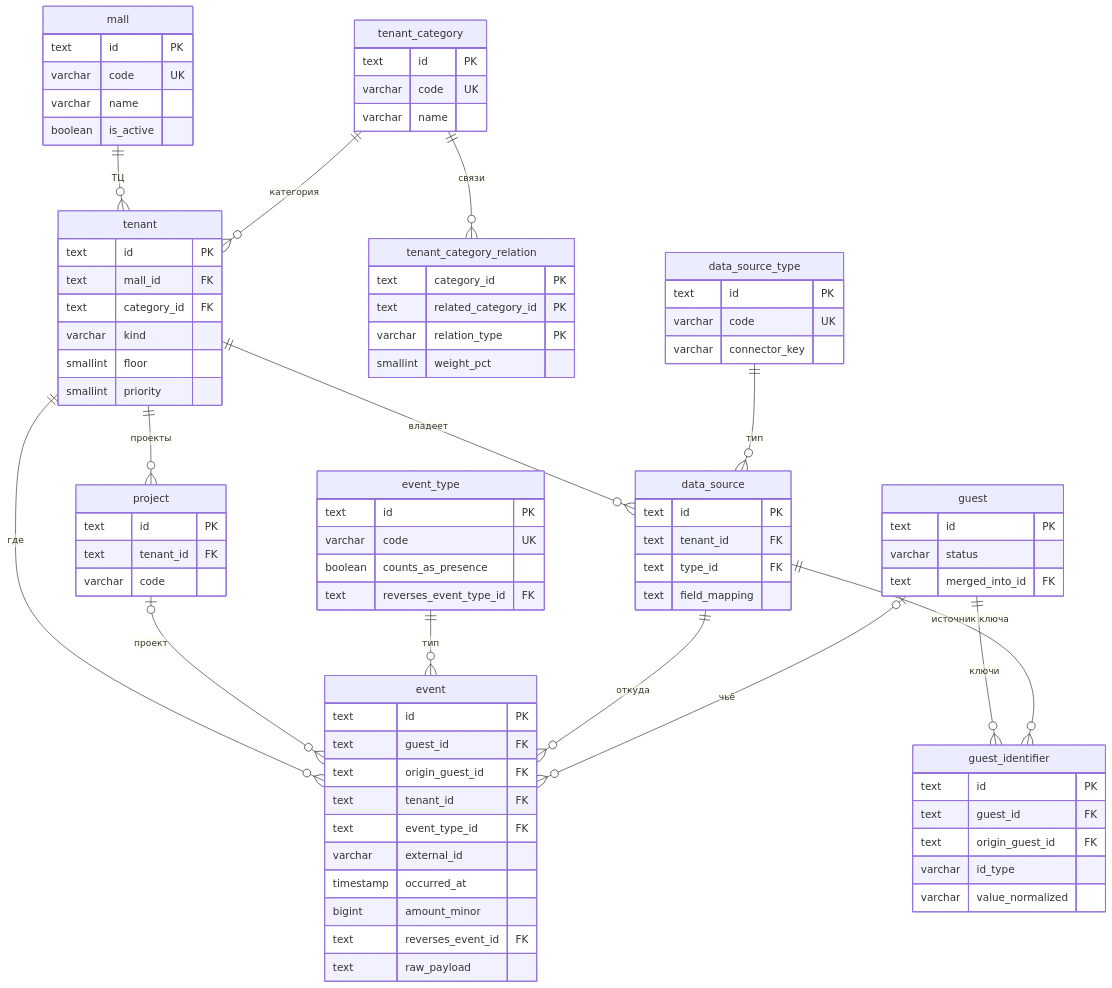
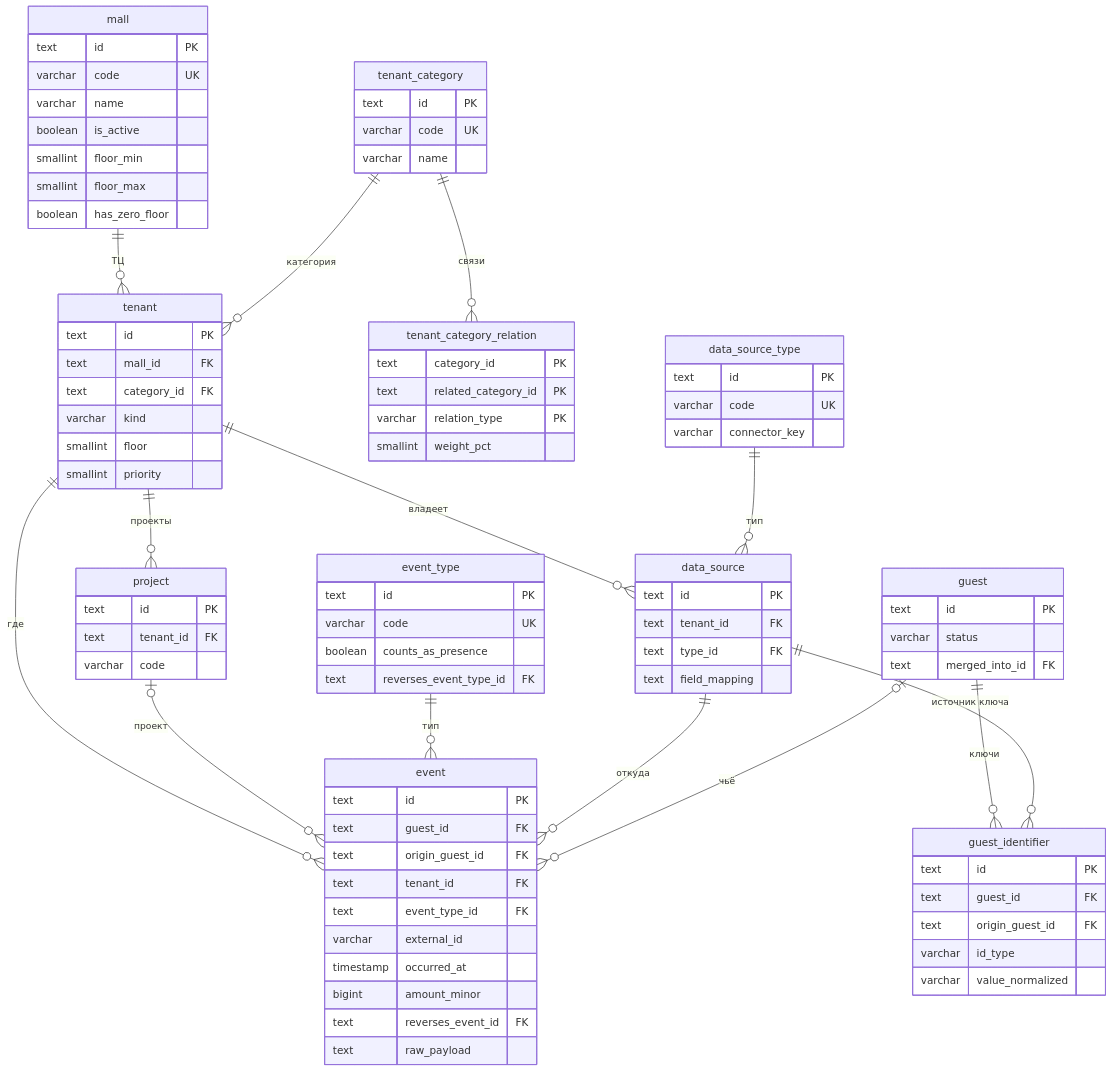
The first of 4 diagrams in docs/design/05-er-data-model.md (MangriMen/UCRP), drawn with Mermaid before and after one commit. The commit also changed other lines of this file and 13 other files, not shown here.

```diff
--- a/docs/design/05-er-data-model.md
+++ b/docs/design/05-er-data-model.md
@@ -66,6 +66,9 @@
     varchar code UK
     varchar name
     boolean is_active
+    smallint floor_min
+    smallint floor_max
+    boolean has_zero_floor
   }
   tenant {
     text id PK
```
